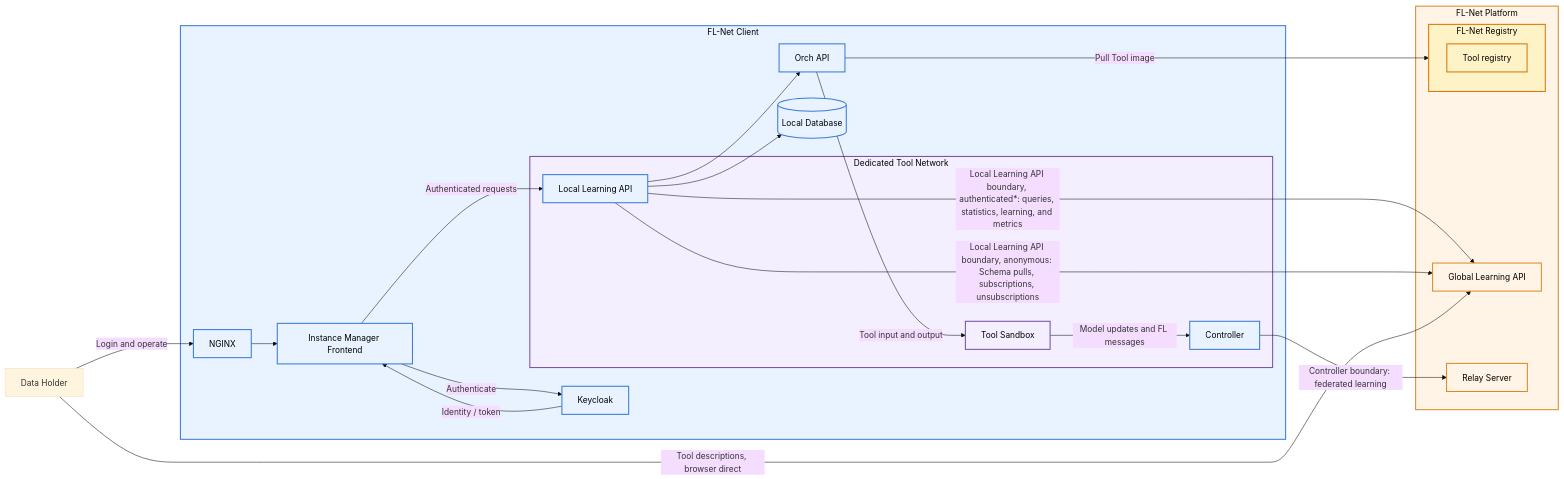
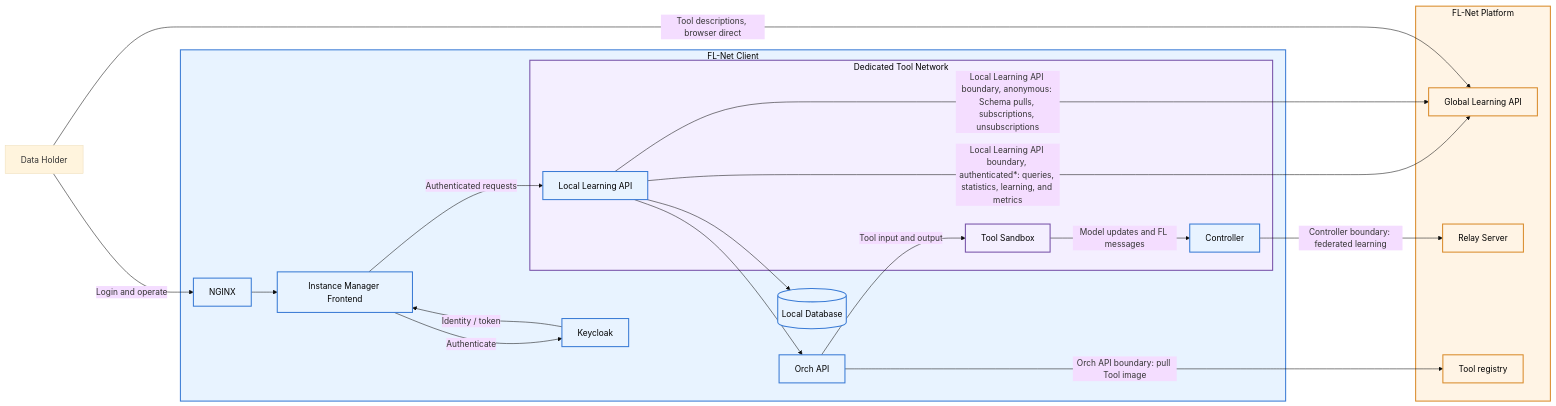
Before and after one commit to FedLearnNet/Documentation: diagram 12 of 12 in docs/intro/architecture/data-flow-client.md, drawn with Mermaid (base theme). The commit also changed other lines of this file and 6 other files, not shown here.

Commit message:
adjusted for deploying registry on the platform

````diff
--- a/docs/intro/architecture/data-flow-client.md
+++ b/docs/intro/architecture/data-flow-client.md
@@ -571,56 +563,51 @@
 ```mermaid
 flowchart LR
     USER[Data Holder]
 
     subgraph CLIENT[FL-Net Client]
         NGINX[NGINX]
         FE[Instance Manager Frontend]
         KC[Keycloak]
         DB[(Local Database)]
         ORCH[Orch API]
 
         subgraph TOOLNETWORK[Dedicated Tool Network]
             LLA[Local Learning API]
             CTRL[Controller]
             TOOL[Tool Sandbox]
         end
     end
 
     subgraph PLATFORM[FL-Net Platform]
         GLA[Global Learning API]
         RELAY[Relay Server]
-        subgraph REGISTRY[FL-Net Registry]
-            REG[Tool registry]
-        end
+        REG[Tool registry]
     end
 
     classDef client fill:#e8f3ff,stroke:#3a7bd5,stroke-width:2px,color:#000
     classDef toolnet fill:#f4efff,stroke:#7651a8,stroke-width:2px,color:#000
     classDef platform fill:#fff4e5,stroke:#d98b2b,stroke-width:2px,color:#000
-    classDef registry fill:#fef3c7,stroke:#d97706,stroke-width:2px,color:#000
 
     class NGINX,FE,KC,DB,ORCH,LLA,CTRL client
     class TOOL toolnet
-    class GLA,RELAY platform
-    class REG registry
+    class GLA,RELAY,REG platform
 
     style CLIENT fill:#e8f3ff,stroke:#3a7bd5,stroke-width:2px,color:#000
     style TOOLNETWORK fill:#f4efff,stroke:#7651a8,stroke-width:2px,color:#000
     style PLATFORM fill:#fff4e5,stroke:#d98b2b,stroke-width:2px,color:#000
-    style REGISTRY fill:#fef3c7,stroke:#d97706,stroke-width:2px,color:#000
 
     USER -->|Login and operate| NGINX
     NGINX --> FE
     FE -->|Authenticate| KC
     KC -->|Identity / token| FE
     FE -->|Authenticated requests| LLA
     LLA --> DB
     LLA --> ORCH
     ORCH -->|Tool input and output| TOOL
-    ORCH -->|Pull Tool image| REGISTRY
+    ORCH -->|Orch API boundary: pull Tool image| REG
     TOOL -->|Model updates and FL messages| CTRL
     CTRL -->|Controller boundary: federated learning| RELAY
     LLA -->|Local Learning API boundary, authenticated*: queries, statistics, learning, and metrics| GLA
     LLA -->|Local Learning API boundary, anonymous: Schema pulls, subscriptions, unsubscriptions| GLA
     USER -->|Tool descriptions, browser direct| GLA
 ```
````
